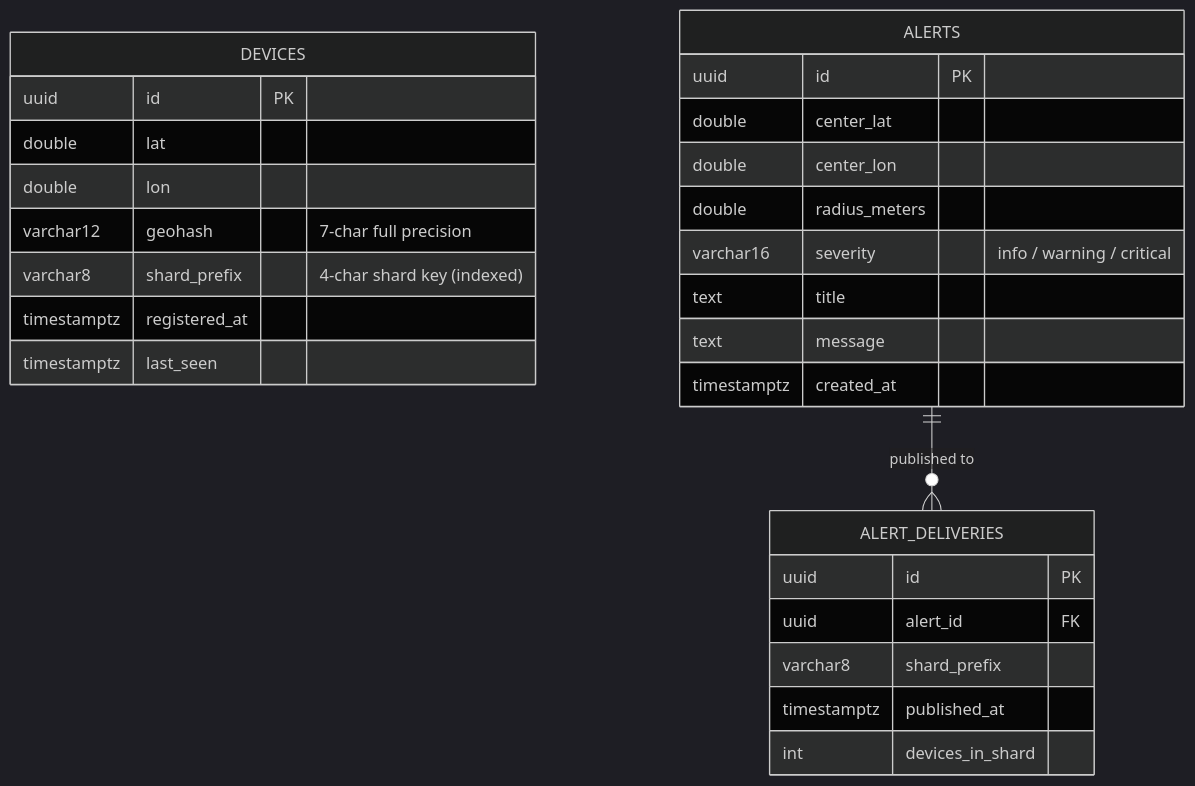
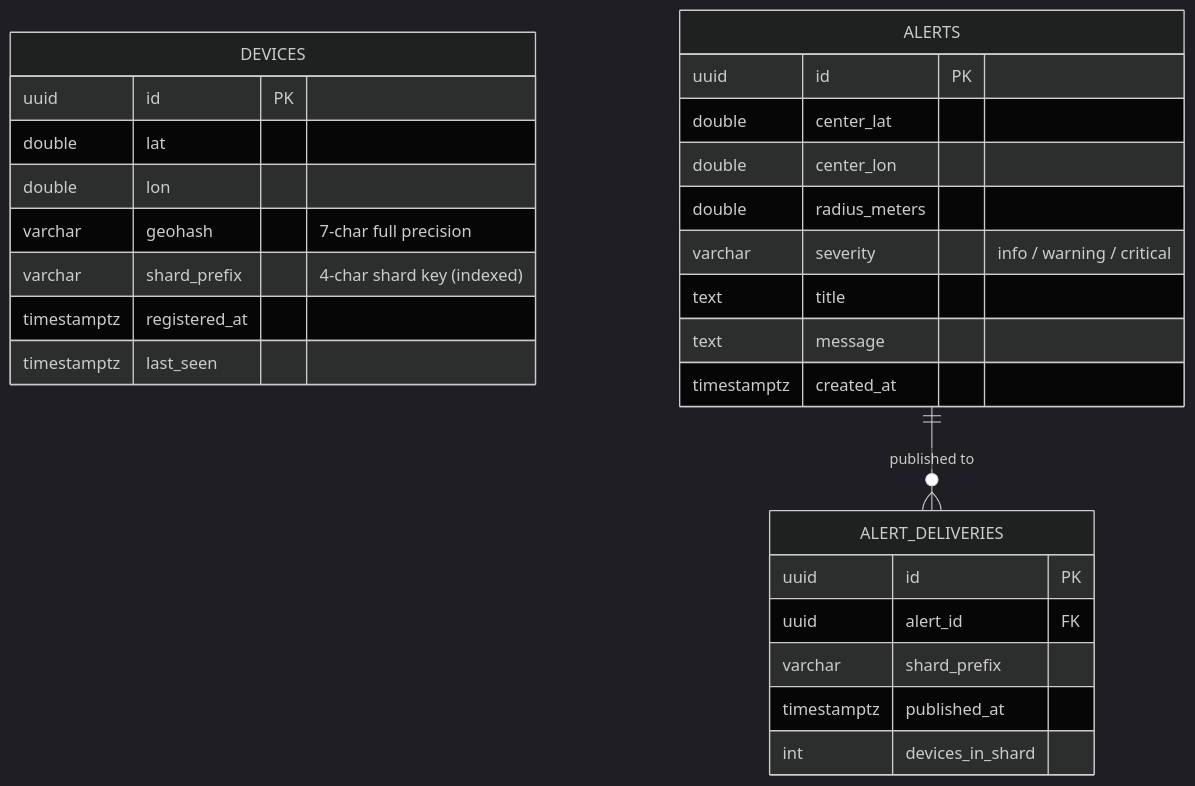
Before and after one commit to MuaazTasawar/pulsegrid: diagram 12 of 14 in README.md, drawn with Mermaid (dark theme). The commit also changed other lines of this file and 4 other files, not shown here.

````diff
--- a/README.md
+++ b/README.md
@@ -532,30 +636,30 @@
 ```mermaid
 erDiagram
     DEVICES {
         uuid id PK
         double lat
         double lon
-        varchar12 geohash "7-char full precision"
-        varchar8 shard_prefix "4-char shard key (indexed)"
+        varchar geohash "7-char full precision"
+        varchar shard_prefix "4-char shard key (indexed)"
         timestamptz registered_at
         timestamptz last_seen
     }
     ALERTS {
         uuid id PK
         double center_lat
         double center_lon
         double radius_meters
-        varchar16 severity "info / warning / critical"
+        varchar severity "info / warning / critical"
         text title
         text message
         timestamptz created_at
     }
     ALERT_DELIVERIES {
         uuid id PK
         uuid alert_id FK
-        varchar8 shard_prefix
+        varchar shard_prefix
         timestamptz published_at
         int devices_in_shard
     }
     ALERTS ||--o{ ALERT_DELIVERIES : "published to"
 ```
````
